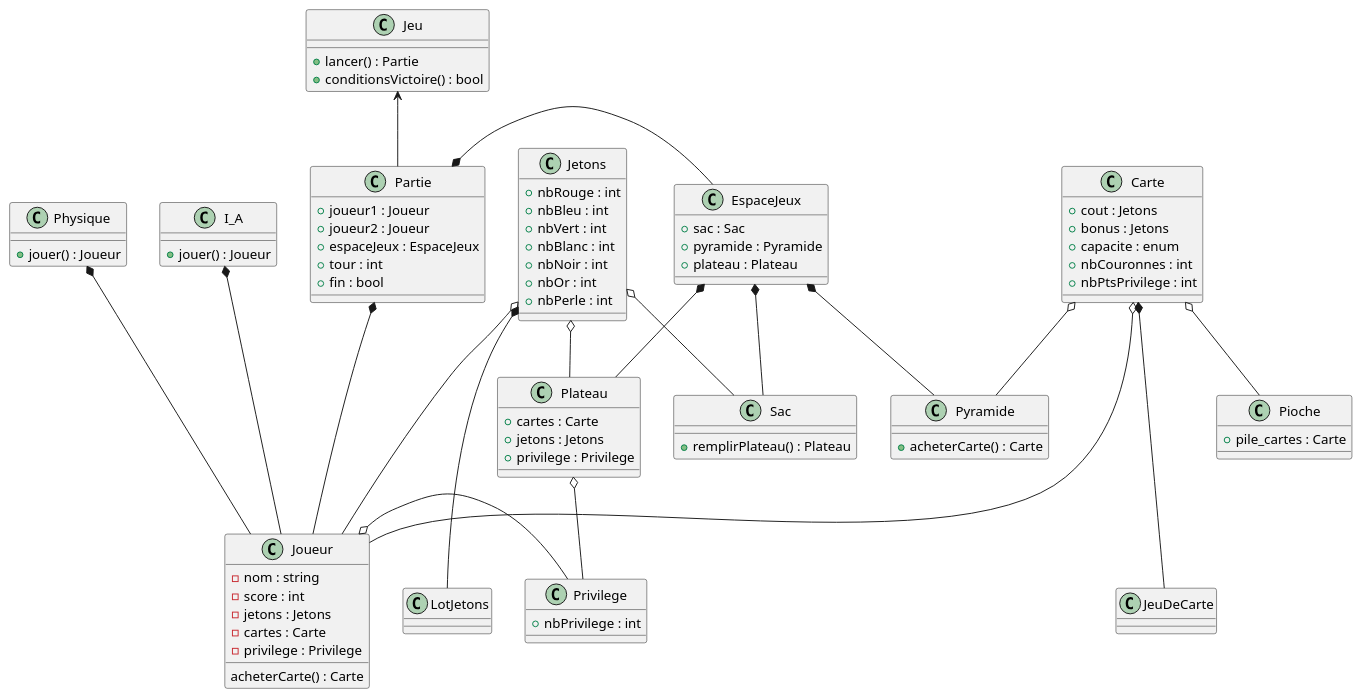
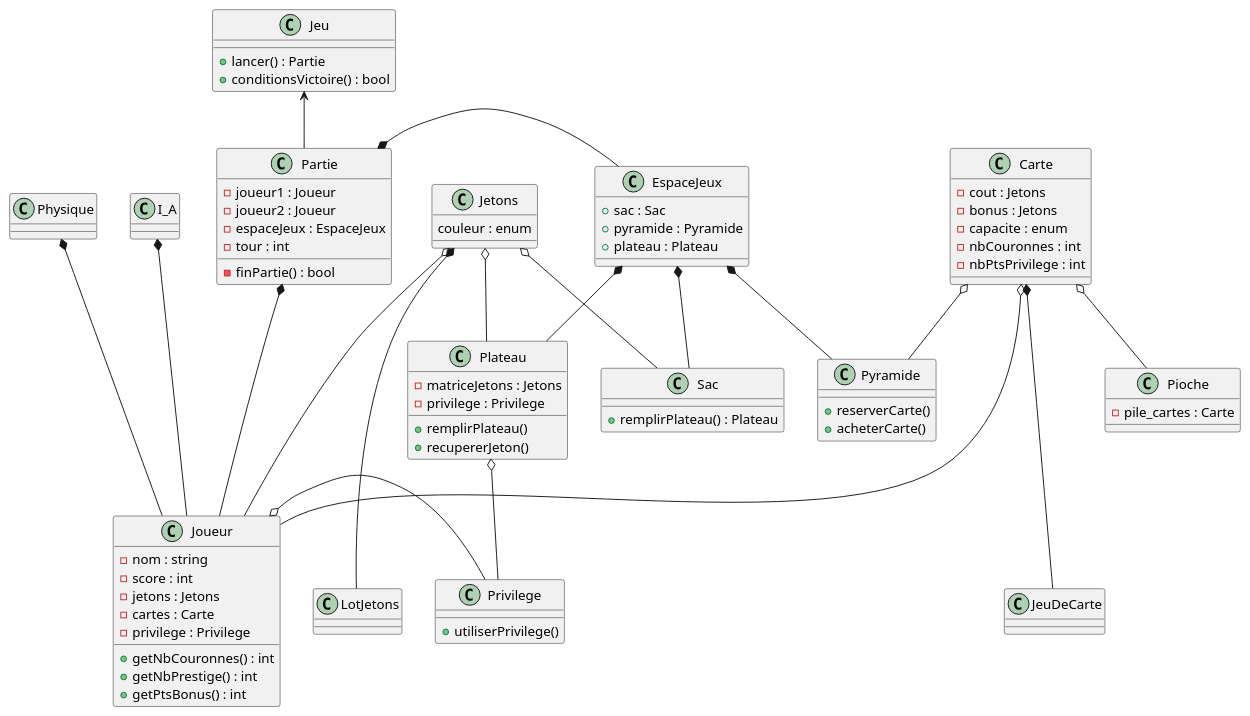
One commit to theguega/OOP-Board-Game changed the diagram in source/UML/UML_VO.5.plantuml. Above: the diagram before and after it, drawn with PlantUML.

Commit message:
actualisation attributs - méthodes

```diff
--- a/source/UML/UML_VO.5.plantuml
+++ b/source/UML/UML_VO.5.plantuml
@@ -1,115 +1,113 @@
 @startuml
 
 /'
     Diagramme de classe du jeu Splendor Duel
     Pour programmation objet C++
 '/
 
 class Joueur{
     - nom : string
     - score : int
     - jetons : Jetons
     - cartes : Carte
     - privilege : Privilege
 
-    acheterCarte() : Carte
+    + getNbCouronnes() : int
+    + getNbPrestige() : int
+    + getPtsBonus() : int
 }
 
 class I_A {
-    + jouer() : Joueur
 }
 
 class Physique {
-    + jouer() : Joueur
 }
 
 class Partie {
-    + joueur1 : Joueur
-    + joueur2 : Joueur
-    + espaceJeux : EspaceJeux
-    + tour : int
-    + fin : bool
+    - joueur1 : Joueur
+    - joueur2 : Joueur
+    - espaceJeux : EspaceJeux
+    - tour : int
+
+    - finPartie() : bool
 }
 
 class EspaceJeux {
     + sac : Sac
     + pyramide : Pyramide
     + plateau : Plateau
 }
 
 class Sac{
     + remplirPlateau() : Plateau
 }
 
 class Pyramide {
-    + acheterCarte() : Carte
+    + reserverCarte()
+    + acheterCarte()
 }
 
 class Carte{
-    + cout : Jetons
-    + bonus : Jetons
-    + capacite : enum
-    + nbCouronnes : int
-    + nbPtsPrivilege : int
+    - cout : Jetons
+    - bonus : Jetons
+    - capacite : enum
+    - nbCouronnes : int
+    - nbPtsPrivilege : int
 }
 
 class Pioche {
-    + pile_cartes : Carte
+    - pile_cartes : Carte
 }
 
 class Privilege {
-    + nbPrivilege : int
+    + utiliserPrivilege()
 }
 
 class Jetons {
-    + nbRouge : int
-    + nbBleu : int
-    + nbVert : int
-    + nbBlanc : int
-    + nbNoir : int
-    + nbOr : int
-    + nbPerle : int
+    couleur : enum
 }
 
 class Plateau {
-    + cartes : Carte
-    + jetons : Jetons
-    + privilege : Privilege
+    - matriceJetons : Jetons
+    - privilege : Privilege
+
+    + remplirPlateau()
+    + recupererJeton()
 }
 
 class Jeu {
     + lancer() : Partie
     + conditionsVictoire() : bool
 }
 
 class JeuDeCarte {
 }
 
 class LotJetons {
 }
 
 Physique *--- Joueur
 I_A *--- Joueur
 
 Carte *--- JeuDeCarte
 Carte o-- Pyramide
 Carte o-- Pioche
 Carte o--- Joueur
 
 Jetons *--- LotJetons
 Jetons o-- Sac
 Jetons o--- Joueur
 Jetons o-- Plateau
 
 Plateau o-- Privilege
 Joueur o- Privilege
 
 Partie *- EspaceJeux
 Partie *- Joueur
 
 EspaceJeux *-- Sac
 EspaceJeux *-- Pyramide
 EspaceJeux *-- Plateau
 
 Jeu <-- Partie
 @enduml
```
